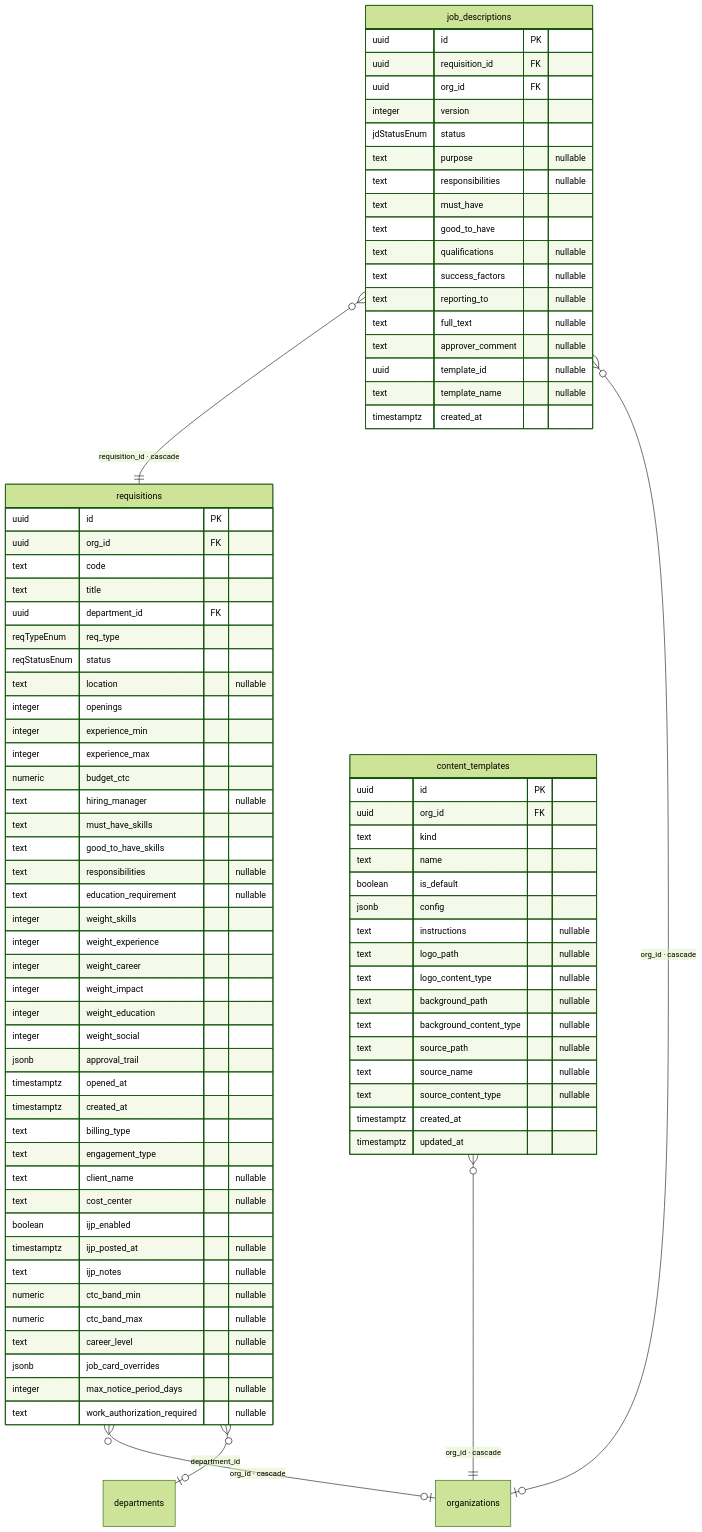
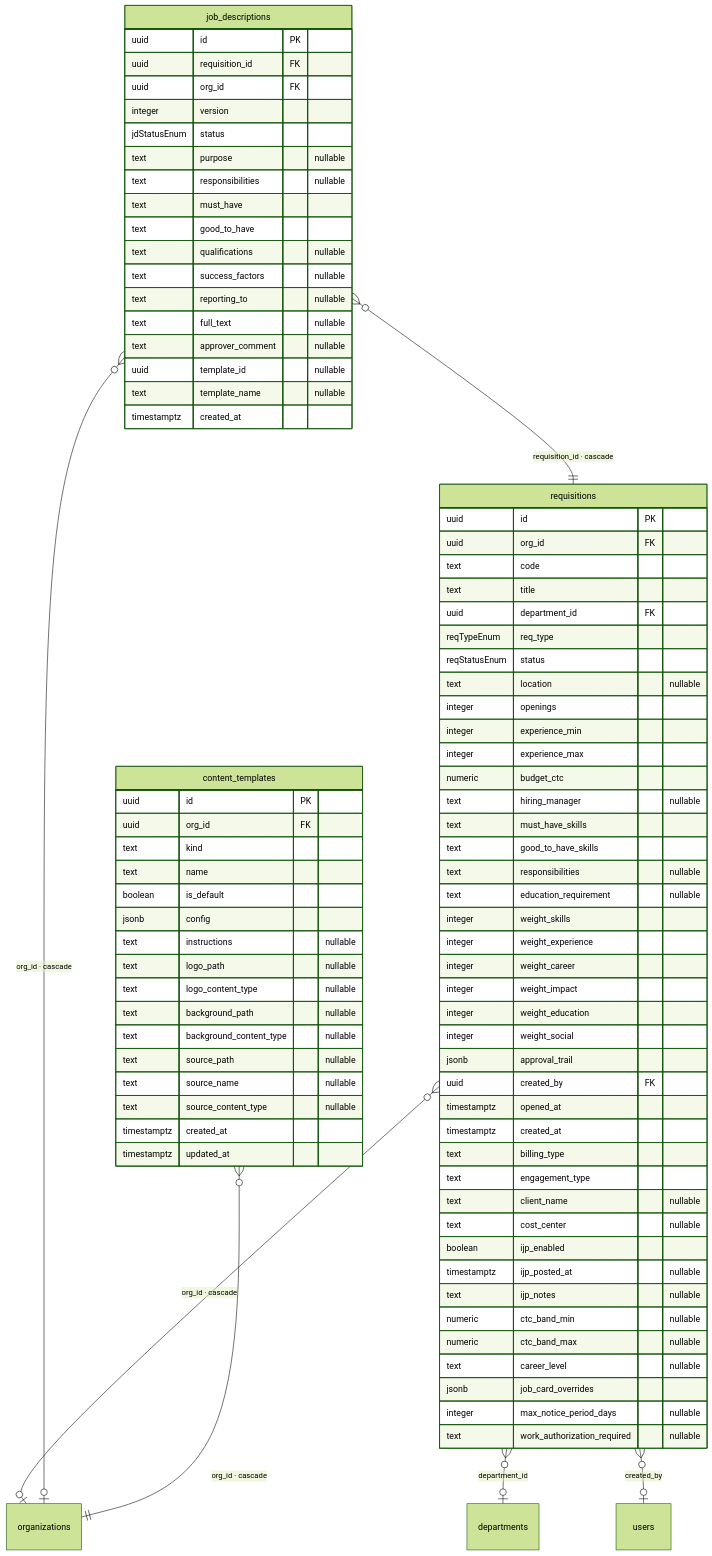
The third of 9 diagrams in docs/er-diagram.md (madhugraj/ATSAgent), drawn with Mermaid (forest theme) before and after one commit. The commit also changed other lines of this file and 21 other files, not shown here.

```diff
--- a/docs/er-diagram.md
+++ b/docs/er-diagram.md
@@ -213,6 +213,7 @@
     integer weight_education
     integer weight_social
     jsonb approval_trail
+    uuid created_by FK
     timestamptz opened_at
     timestamptz created_at
     text billing_type
@@ -269,6 +270,7 @@
 
   requisitions }o--o| organizations : "org_id · cascade"
   requisitions }o--o| departments : "department_id"
+  requisitions }o--o| users : "created_by"
   job_descriptions }o--|| requisitions : "requisition_id · cascade"
   job_descriptions }o--o| organizations : "org_id · cascade"
   content_templates }o--|| organizations : "org_id · cascade"
```
